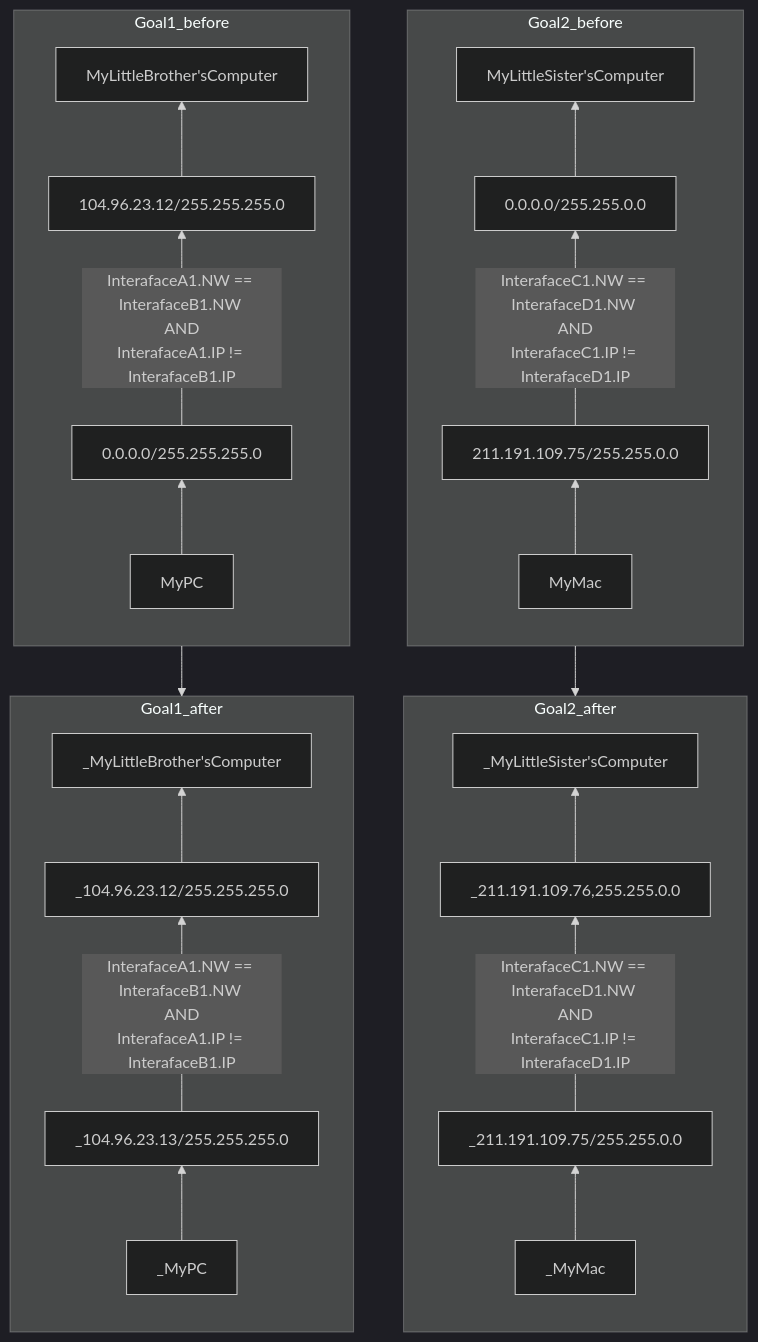
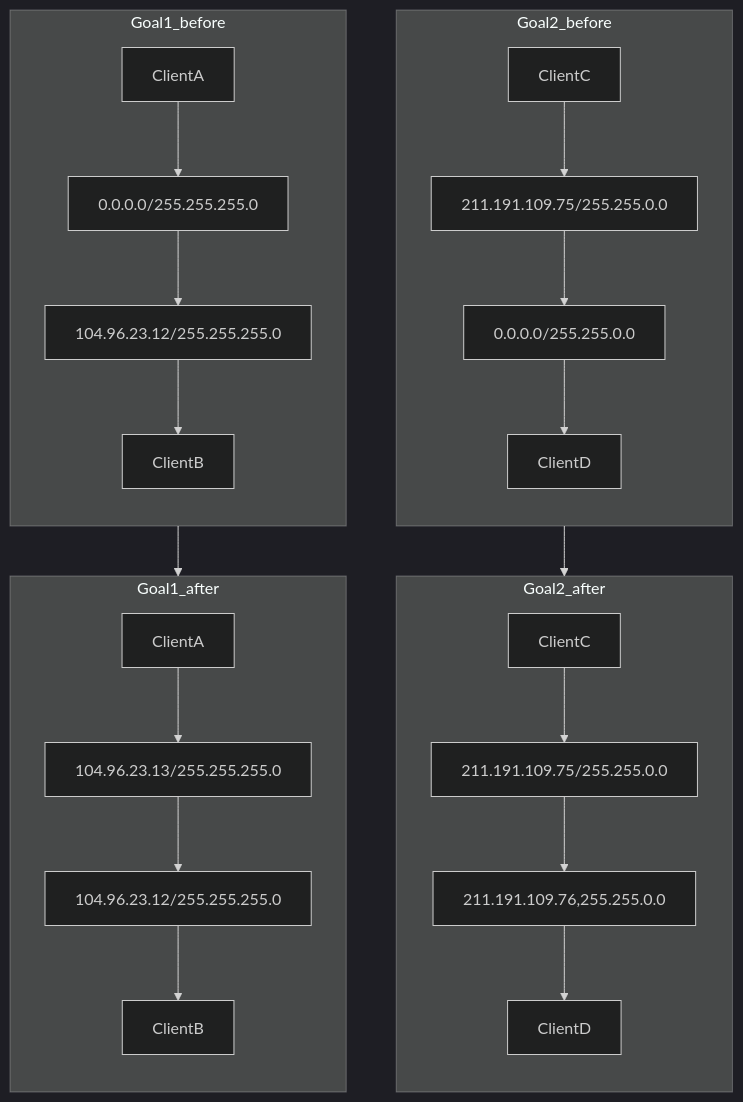
Before and after one commit to rikeda-cloud/net_practice: the second of 2 diagrams in level1.md, drawn with Mermaid (dark theme). The commit also changed other lines of this file and 2 other files, not shown here.

````diff
--- a/level1.md
+++ b/level1.md
@@ -24,27 +33,42 @@
 ```mermaid
 flowchart
 
 Goal2_before-->Goal2_after
 subgraph Goal2_before
-    direction BT
-    MyMac-->211.191.109.75/255.255.0.0-- InterafaceC1.NW == InterafaceD1.NW <br>AND<br>InterafaceC1.IP != InterafaceD1.IP-->0.0.0.0/255.255.0.0-->MyLittleSister'sComputer
+    direction TB
+    BE_CL_C[ClientC]
+    BE_CL_D[ClientD]
+    BE_IF_C[211.191.109.75/255.255.0.0]
+    BE_IF_D[0.0.0.0/255.255.0.0]
+    BE_CL_C-->BE_IF_C-->BE_IF_D-->BE_CL_D
 end
 
 subgraph Goal2_after
-    direction BT
-    _MyMac-->_211.191.109.75/255.255.0.0-- InterafaceC1.NW == InterafaceD1.NW <br>AND<br>InterafaceC1.IP != InterafaceD1.IP-->_211.191.109.76,255.255.0.0-->_MyLittleSister'sComputer
+    direction TB
+    AF_CL_C[ClientC]
+    AF_CL_D[ClientD]
+    AF_IF_C[211.191.109.75/255.255.0.0]
+    AF_IF_D[211.191.109.76,255.255.0.0]
+    AF_CL_C-->AF_IF_C-->AF_IF_D-->AF_CL_D
 end
 
 
 Goal1_before-->Goal1_after
 subgraph Goal1_before
-    direction BT
-    MyPC-->0.0.0.0/255.255.255.0-- InterafaceA1.NW == InterafaceB1.NW <br>AND<br>InterafaceA1.IP != InterafaceB1.IP-->104.96.23.12/255.255.255.0-->MyLittleBrother'sComputer
+    direction TB
+    BE_CL_A[ClientA]
+    BE_CL_B[ClientB]
+    BE_IF_A[0.0.0.0/255.255.255.0]
+    BE_IF_B[104.96.23.12/255.255.255.0]
+    BE_CL_A-->BE_IF_A-->BE_IF_B-->BE_CL_B
 end
 
 subgraph Goal1_after
-    direction BT
-    _MyPC-->_104.96.23.13/255.255.255.0-- InterafaceA1.NW == InterafaceB1.NW <br>AND<br>InterafaceA1.IP != InterafaceB1.IP-->_104.96.23.12/255.255.255.0-->_MyLittleBrother'sComputer
+    direction TB
+    AF_CL_A[ClientA]
+    AF_CL_B[ClientB]
+    AF_IF_A[104.96.23.13/255.255.255.0]
+    AF_IF_B[104.96.23.12/255.255.255.0]
+    AF_CL_A-->AF_IF_A-->AF_IF_B-->AF_CL_B
 end
-
 ```
````
